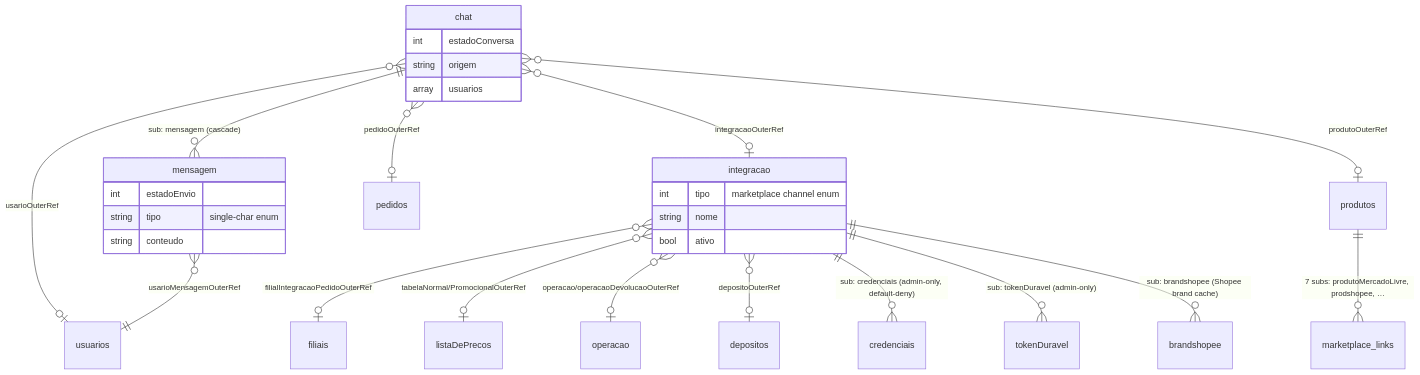
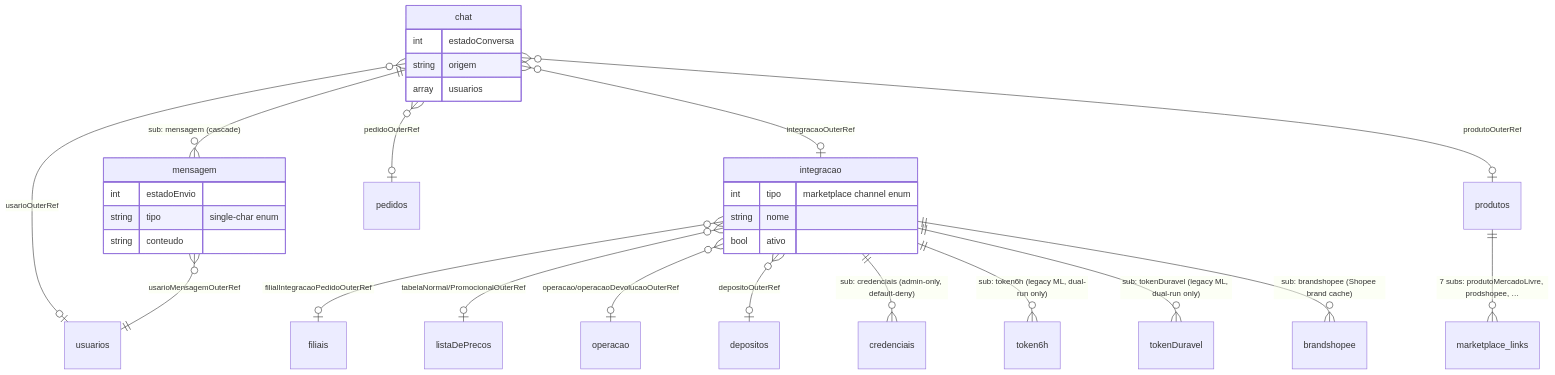
One commit to Hinten/next_erp changed the eighth of 8 diagrams in apps/docs/src/content/docs/architecture/database-schema.md. Above: the diagram before and after it, drawn with Mermaid. The commit also changed other lines of this file and 18 other files, not shown here.

First line of the commit message:
feat(rules): grant the legacy Mercado Livre collections during dual-run

````diff
--- a/apps/docs/src/content/docs/architecture/database-schema.md
+++ b/apps/docs/src/content/docs/architecture/database-schema.md
@@ -424,35 +439,36 @@
 ```mermaid
 erDiagram
   chat ||--o{ mensagem : "sub: mensagem (cascade)"
   chat }o--o| usuarios : "usarioOuterRef"
   chat }o--o| integracao : "integracaoOuterRef"
   chat }o--o| pedidos : "pedidoOuterRef"
   chat }o--o| produtos : "produtoOuterRef"
   mensagem }o--|| usuarios : "usarioMensagemOuterRef"
 
   integracao }o--o| filiais : "filialIntegracaoPedidoOuterRef"
   integracao }o--o| listaDePrecos : "tabelaNormal/PromocionalOuterRef"
   integracao }o--o| operacao : "operacao/operacaoDevolucaoOuterRef"
   integracao }o--o| depositos : "depositoOuterRef"
   integracao ||--o{ credenciais : "sub: credenciais (admin-only, default-deny)"
-  integracao ||--o{ tokenDuravel : "sub: tokenDuravel (admin-only)"
+  integracao ||--o{ token6h : "sub: token6h (legacy ML, dual-run only)"
+  integracao ||--o{ tokenDuravel : "sub: tokenDuravel (legacy ML, dual-run only)"
   integracao ||--o{ brandshopee : "sub: brandshopee (Shopee brand cache)"
 
   produtos ||--o{ marketplace_links : "7 subs: produtoMercadoLivre, prodshopee, …"
 
   chat {
     int estadoConversa
     string origem
     array usuarios
   }
   mensagem {
     int estadoEnvio
     string tipo "single-char enum"
     string conteudo
   }
   integracao {
     int tipo "marketplace channel enum"
     string nome
     bool ativo
   }
 ```
````
